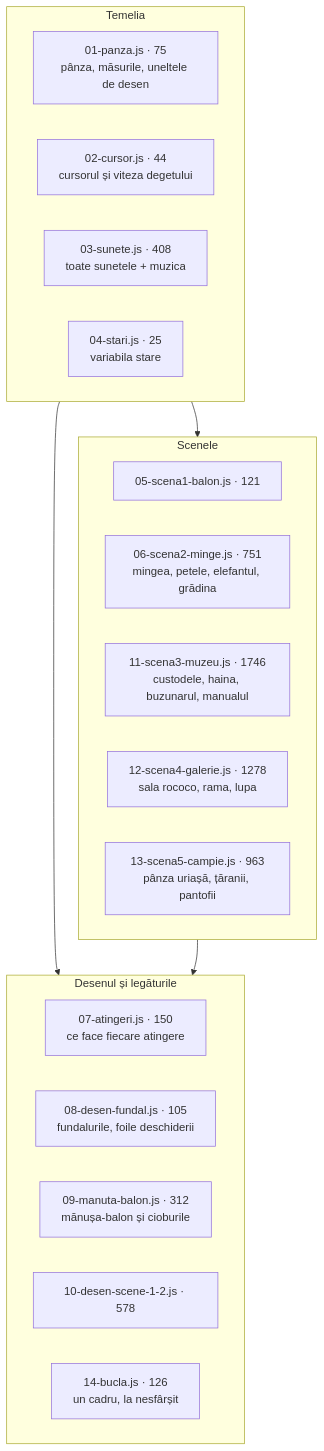
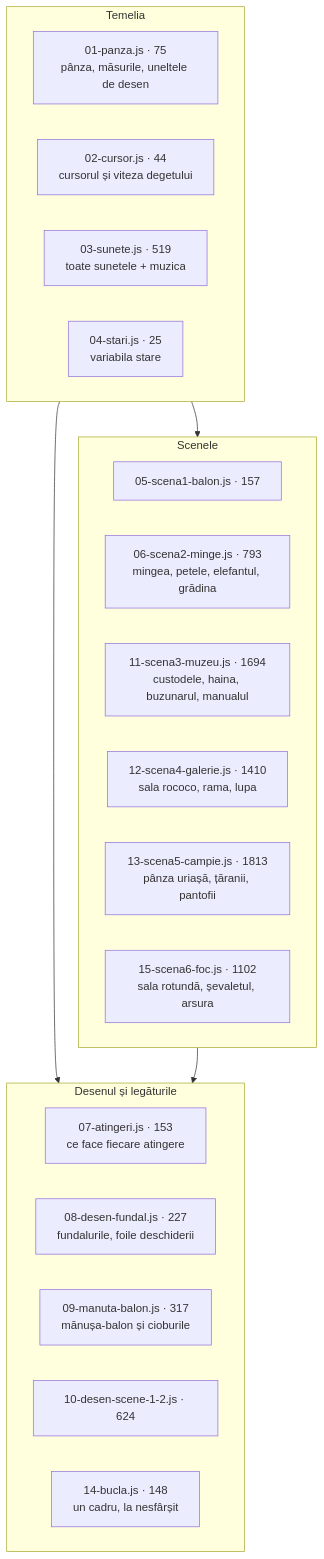
The fourth of 7 diagrams in ARCHITECTURE.md (Whit3G9dNess/Viata-dintr-o-atingere), drawn with Mermaid before and after one commit. The commit also changed other lines of this file and 9 other files, not shown here.

````diff
--- a/ARCHITECTURE.md
+++ b/ARCHITECTURE.md
@@ -114,26 +115,27 @@
 ```mermaid
 flowchart TB
   subgraph T["Temelia"]
     A1["01-panza.js · 75<br/>pânza, măsurile, uneltele de desen"]
     A2["02-cursor.js · 44<br/>cursorul și viteza degetului"]
-    A3["03-sunete.js · 408<br/>toate sunetele + muzica"]
+    A3["03-sunete.js · 519<br/>toate sunetele + muzica"]
     A4["04-stari.js · 25<br/>variabila stare"]
   end
   subgraph S["Scenele"]
-    B5["05-scena1-balon.js · 121"]
-    B6["06-scena2-minge.js · 751<br/>mingea, petele, elefantul, grădina"]
-    B11["11-scena3-muzeu.js · 1746<br/>custodele, haina, buzunarul, manualul"]
-    B12["12-scena4-galerie.js · 1278<br/>sala rococo, rama, lupa"]
-    B13["13-scena5-campie.js · 963<br/>pânza uriașă, țăranii, pantofii"]
+    B5["05-scena1-balon.js · 157"]
+    B6["06-scena2-minge.js · 793<br/>mingea, petele, elefantul, grădina"]
+    B11["11-scena3-muzeu.js · 1694<br/>custodele, haina, buzunarul, manualul"]
+    B12["12-scena4-galerie.js · 1410<br/>sala rococo, rama, lupa"]
+    B13["13-scena5-campie.js · 1813<br/>pânza uriașă, țăranii, pantofii"]
+    B15["15-scena6-foc.js · 1102<br/>sala rotundă, șevaletul, arsura"]
   end
   subgraph D["Desenul și legăturile"]
-    C7["07-atingeri.js · 150<br/>ce face fiecare atingere"]
-    C8["08-desen-fundal.js · 105<br/>fundalurile, foile deschiderii"]
-    C9["09-manuta-balon.js · 312<br/>mănușa-balon și cioburile"]
-    C10["10-desen-scene-1-2.js · 578"]
-    C14["14-bucla.js · 126<br/>un cadru, la nesfârșit"]
+    C7["07-atingeri.js · 153<br/>ce face fiecare atingere"]
+    C8["08-desen-fundal.js · 227<br/>fundalurile, foile deschiderii"]
+    C9["09-manuta-balon.js · 317<br/>mănușa-balon și cioburile"]
+    C10["10-desen-scene-1-2.js · 624"]
+    C14["14-bucla.js · 148<br/>un cadru, la nesfârșit"]
   end
   T --> S
   T --> D
   S --> D
 ```
````
